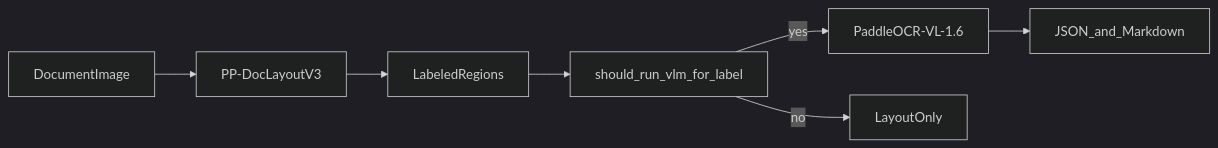
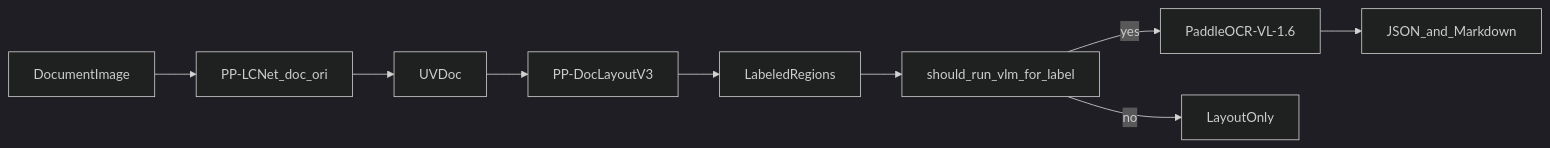
One commit to piliugin-anton/docparser changed the diagram in docs/layout_labels_and_models.md. Above: the diagram before and after it, drawn with Mermaid (dark theme). The commit also changed other lines of this file and 46 other files, not shown here.

````diff
--- a/docs/layout_labels_and_models.md
+++ b/docs/layout_labels_and_models.md
@@ -7,9 +7,11 @@
 ```mermaid
 flowchart LR
-  image[DocumentImage] --> layout[PP-DocLayoutV3]
+  image[DocumentImage] --> ori[PP-LCNet_doc_ori]
+  ori --> uv[UVDoc]
+  uv --> layout[PP-DocLayoutV3]
   layout --> regions[LabeledRegions]
   regions --> gate[should_run_vlm_for_label]
   gate -->|yes| vlm[PaddleOCR-VL-1.6]
   gate -->|no| skip[LayoutOnly]
   vlm --> out[JSON_and_Markdown]
 ```
````
